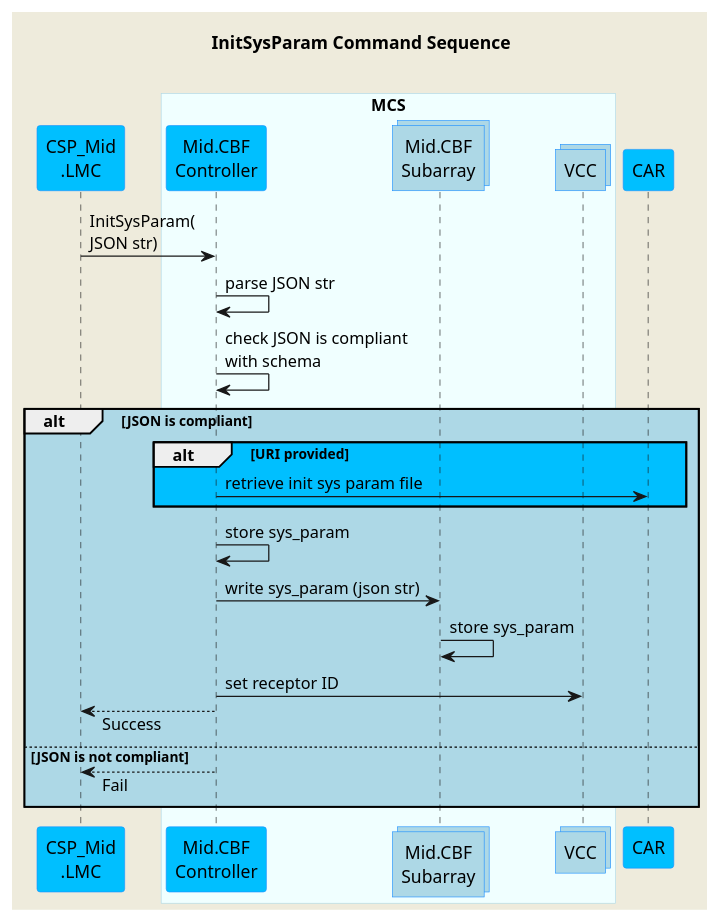
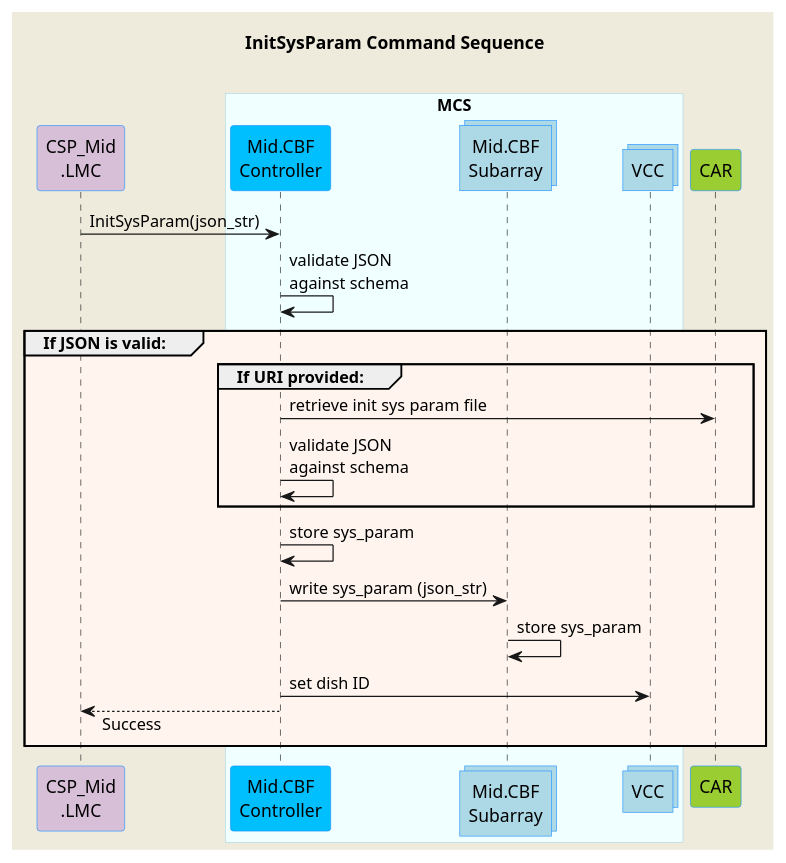
The diagram in docs/src/diagrams/initsysparam-command.puml (ska-telescope/mid-cbf-mcs), drawn with PlantUML before and after one commit. The commit also changed 5 other files, not shown here.

Commit message:
CIP-2424 Updated several sequence diagrams

```diff
--- a/docs/src/diagrams/initsysparam-command.puml
+++ b/docs/src/diagrams/initsysparam-command.puml
@@ -1,44 +1,43 @@
 @startuml
 'https://plantuml.com/sequence-diagram
 skinparam backgroundColor #EEEBDC
 skinparam sequence {
 ParticipantBorderColor DodgerBlue
 ParticipantBackgroundColor DeepSkyBlue
 ActorBorderColor DarkGreen
 ActorBackgroundColor Green
 BoxBorderColor LightBlue
 BoxBackgroundColor #F0FFFF
 }
 skinparam collections {
   BackGroundColor LightBlue
   BorderColor DodgerBlue
 }
 skinparam responseMessageBelowArrow true
 title InitSysParam Command Sequence\n
-participant "CSP_Mid\n.LMC" as lmc
+participant "CSP_Mid\n.LMC" as lmc #Thistle
 box "MCS"
 participant "Mid.CBF\nController" as control
 collections "Mid.CBF\nSubarray" as subarray
 collections "VCC" as vcc
 end box
-participant "CAR" as car
-lmc          -> control           : InitSysParam(\nJSON str)
+participant "CAR" as car #YellowGreen
+lmc          -> control           : InitSysParam(json_str)
 
-control      -> control           : parse JSON str
-control      -> control           : check JSON is compliant \nwith schema
+control      -> control           : validate JSON \nagainst schema
 
-alt #LightBlue JSON is compliant
-alt #DeepSkyBlue URI provided
+group #SeaShell If JSON is valid:
+group #SeaShell If URI provided:
 control      -> car               : retrieve init sys param file
+control      -> control           : validate JSON \nagainst schema
 end
 control      -> control           : store sys_param
-control      -> subarray          : write sys_param (json str)
+control      -> subarray          : write sys_param (json_str)
 subarray     -> subarray          : store sys_param
-control      -> vcc               : set receptor ID
+control      -> vcc               : set dish ID
 lmc         <-- control           : Success
-else JSON is not compliant
-lmc         <-- control           : Fail
+
 end
 
 
 @enduml
```
